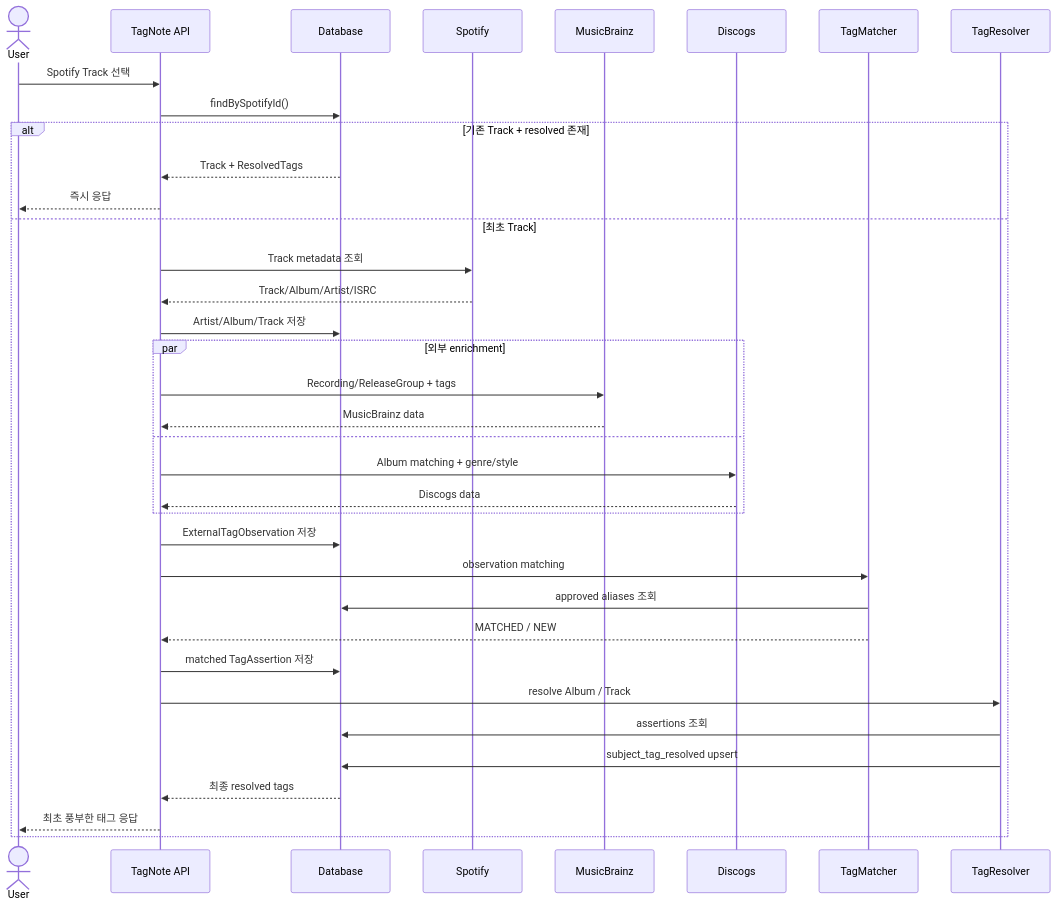
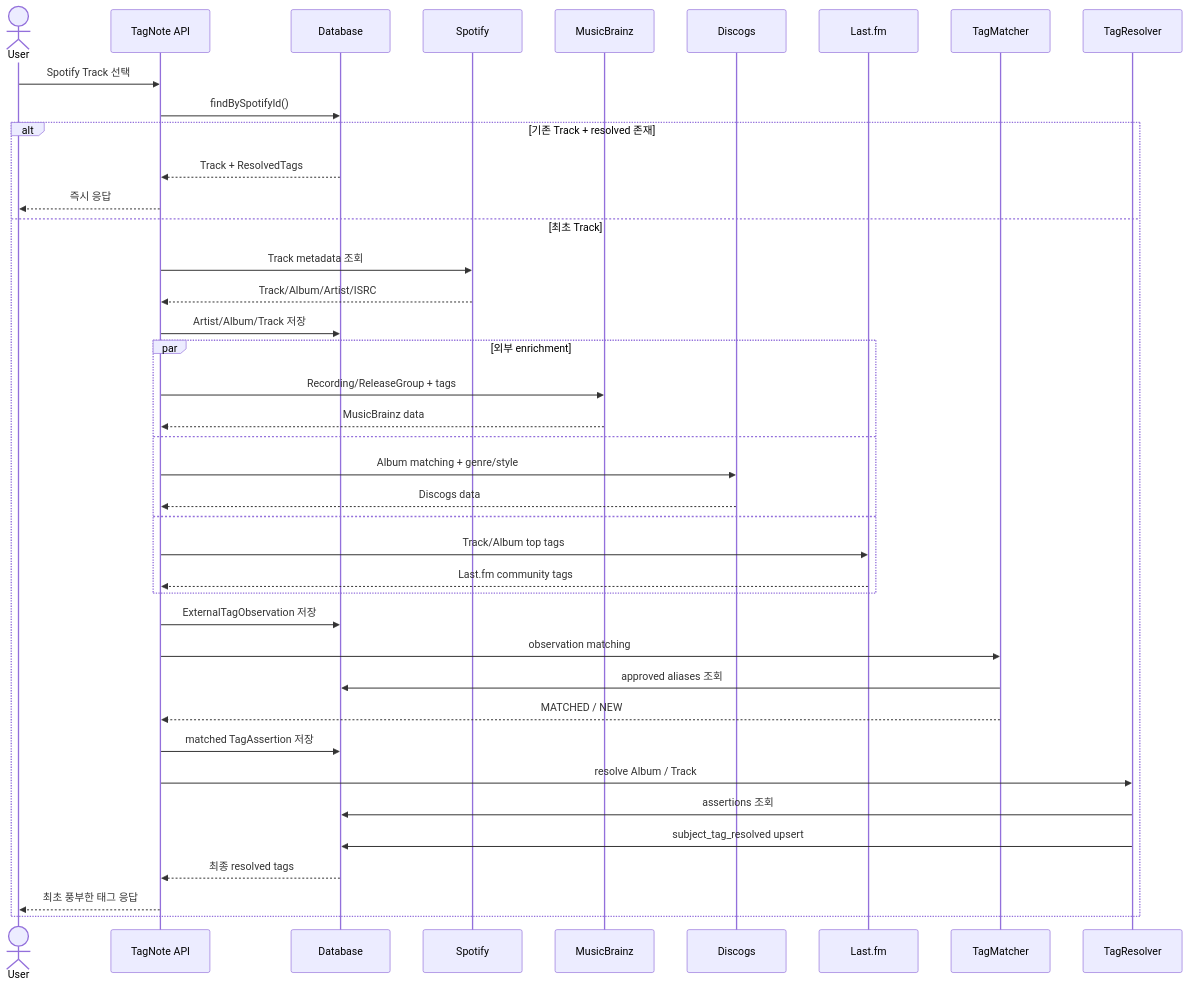
Before and after one commit to quietwave00/tag-your-story: the first of 3 diagrams in agents/server/server_tag_feature_architecture.md, drawn with Mermaid. The commit also changed other lines of this file and 4 other files, not shown here.

````diff
--- a/agents/server/server_tag_feature_architecture.md
+++ b/agents/server/server_tag_feature_architecture.md
@@ -2553,47 +2614,51 @@
 ```mermaid
 sequenceDiagram
     actor U as User
     participant API as TagNote API
     participant DB as Database
     participant S as Spotify
     participant MB as MusicBrainz
     participant D as Discogs
+    participant L as Last.fm
     participant M as TagMatcher
     participant R as TagResolver
 
     U->>API: Spotify Track 선택
     API->>DB: findBySpotifyId()
 
     alt 기존 Track + resolved 존재
         DB-->>API: Track + ResolvedTags
         API-->>U: 즉시 응답
     else 최초 Track
         API->>S: Track metadata 조회
         S-->>API: Track/Album/Artist/ISRC
 
         API->>DB: Artist/Album/Track 저장
 
         par 외부 enrichment
             API->>MB: Recording/ReleaseGroup + tags
             MB-->>API: MusicBrainz data
         and
             API->>D: Album matching + genre/style
             D-->>API: Discogs data
+        and
+            API->>L: Track/Album top tags
+            L-->>API: Last.fm community tags
         end
 
         API->>DB: ExternalTagObservation 저장
         API->>M: observation matching
 
         M->>DB: approved aliases 조회
         M-->>API: MATCHED / NEW
 
         API->>DB: matched TagAssertion 저장
         API->>R: resolve Album / Track
 
         R->>DB: assertions 조회
         R->>DB: subject_tag_resolved upsert
 
         DB-->>API: 최종 resolved tags
         API-->>U: 최초 풍부한 태그 응답
     end
 ```
````
